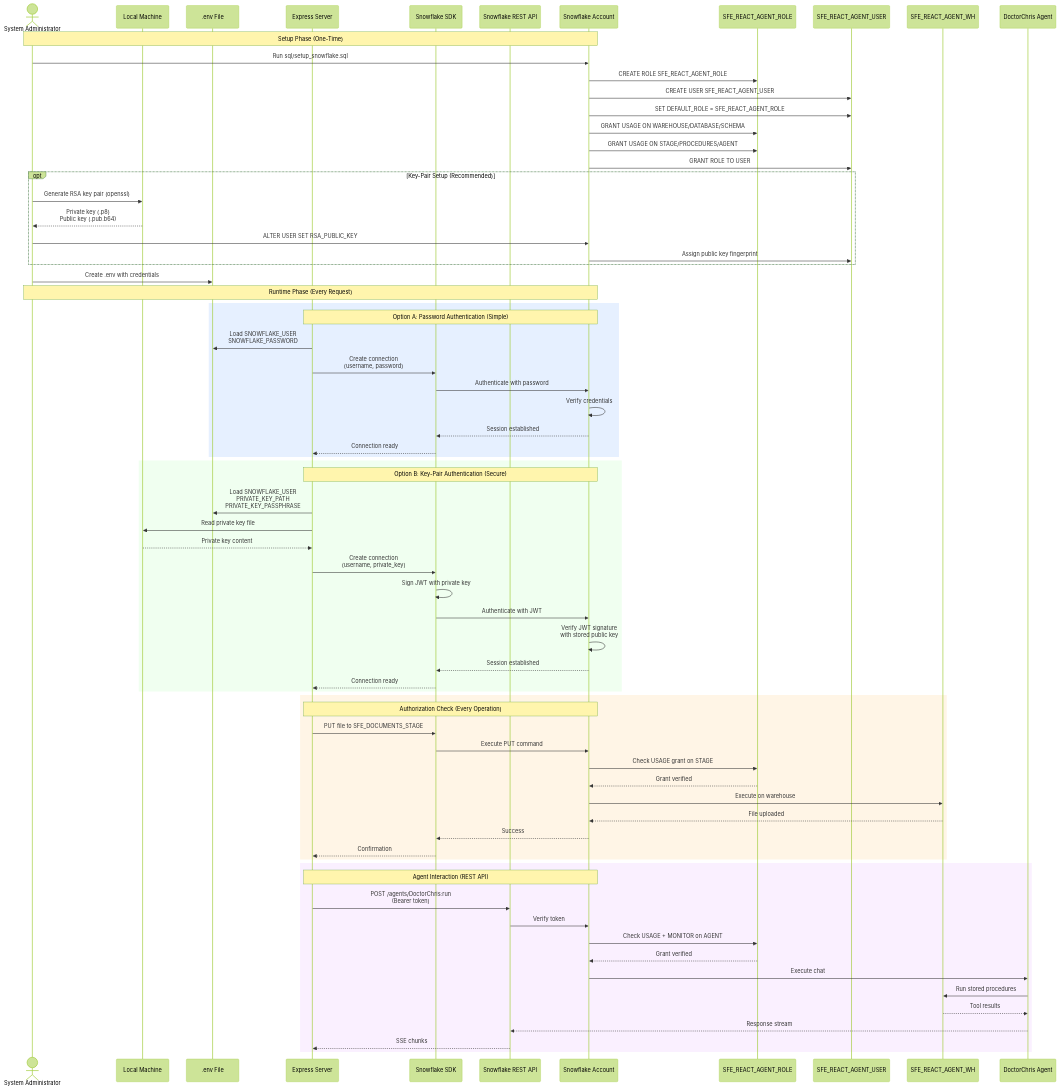
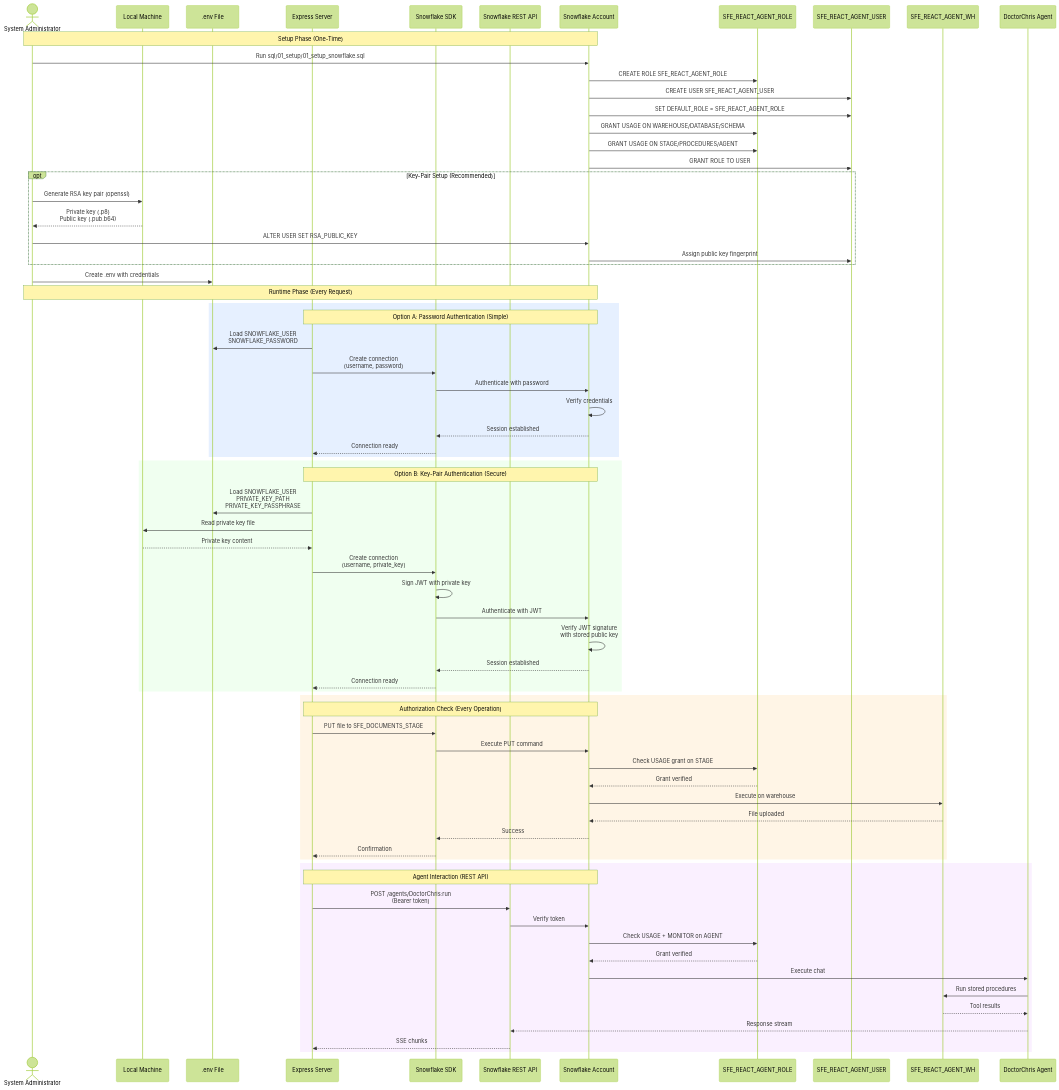
Before and after one commit to sfc-gh-miwhitaker/react-agent-api-upload: the diagram in diagrams/auth-flow.md, drawn with Mermaid (forest theme). The commit also changed 7 other files, not shown here.

```diff
--- a/diagrams/auth-flow.md
+++ b/diagrams/auth-flow.md
@@ -37,7 +37,7 @@
     
     Note over Admin,SF: Setup Phase (One-Time)
     
-    Admin->>SF: Run sql/setup_snowflake.sql
+    Admin->>SF: Run sql/01_setup/01_setup_snowflake.sql
     SF->>Role: CREATE ROLE SFE_REACT_AGENT_ROLE
     SF->>User: CREATE USER SFE_REACT_AGENT_USER
     SF->>User: SET DEFAULT_ROLE = SFE_REACT_AGENT_ROLE
```
